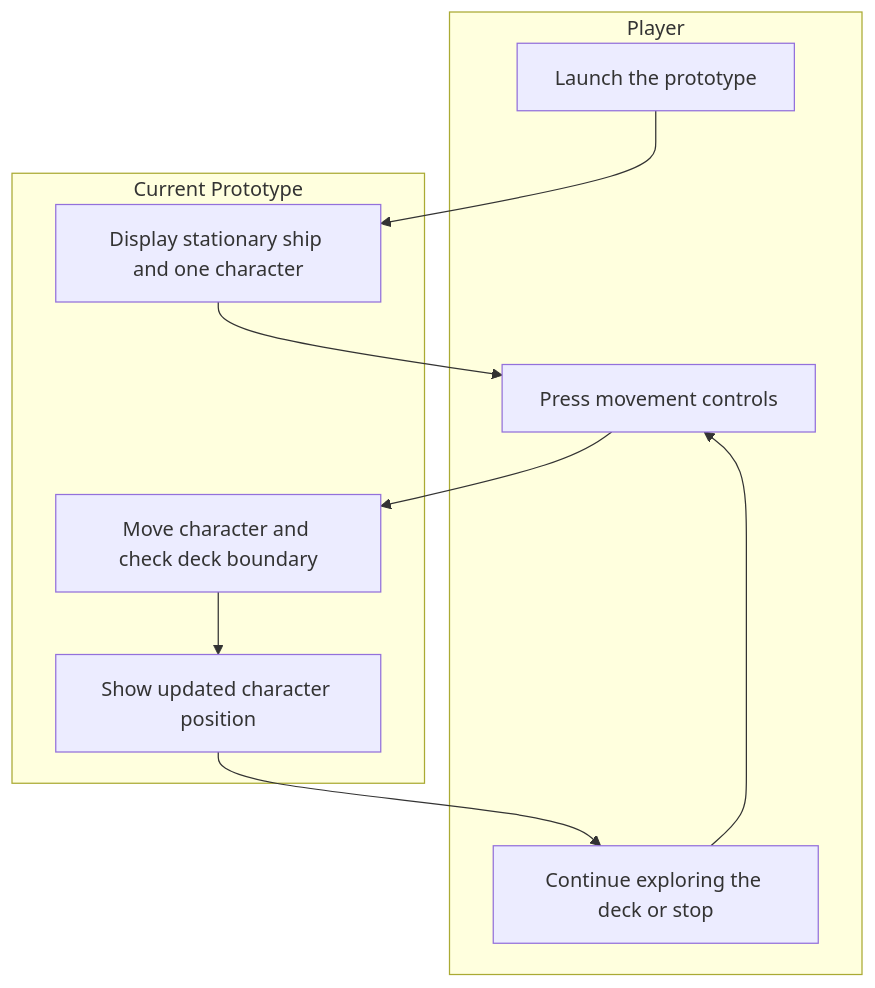
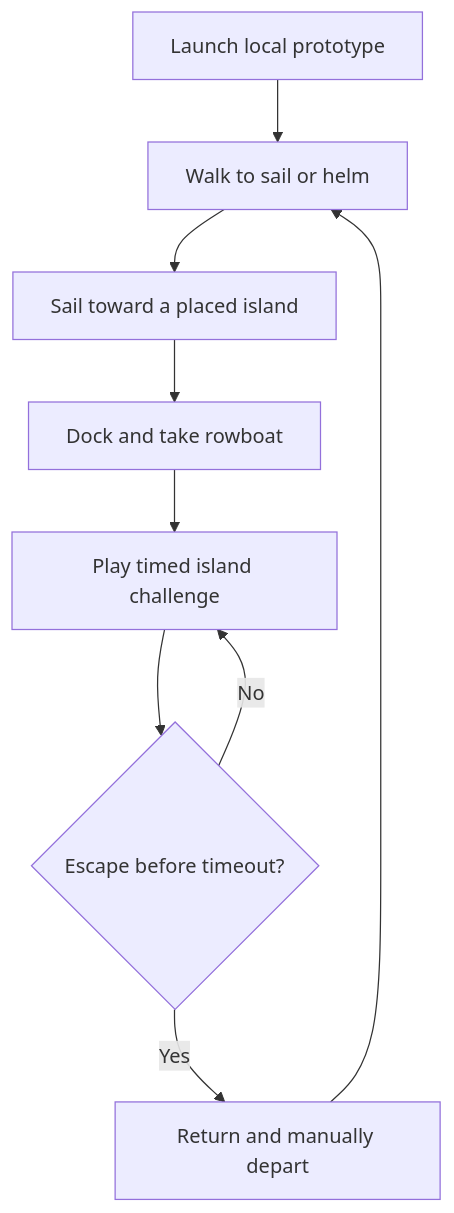
The first of 3 diagrams in docs/requirements/vision-and-scope.md (whitneyakred/gaming), drawn with Mermaid before and after one commit. The commit also changed other lines of this file and 30 other files, not shown here.

````diff
--- a/docs/requirements/vision-and-scope.md
+++ b/docs/requirements/vision-and-scope.md
@@ -38,19 +39,11 @@
 ```mermaid
 flowchart TD
-  subgraph Player
-    A[Launch the prototype]
-    C[Press movement controls]
-    F[Continue exploring the deck or stop]
-  end
-  subgraph Game[Current Prototype]
-    B[Display stationary ship and one character]
-    D[Move character and check deck boundary]
-    E[Show updated character position]
-  end
-  A --> B
-  B --> C
-  C --> D
-  D --> E
-  E --> F
-  F --> C
+  A[Launch local prototype] --> B[Walk to sail or helm]
+  B --> C[Sail toward a placed island]
+  C --> D[Dock and take rowboat]
+  D --> E[Play timed island challenge]
+  E --> F{Escape before timeout?}
+  F -- Yes --> G[Return and manually depart]
+  F -- No --> E
+  G --> B
 ```
````
